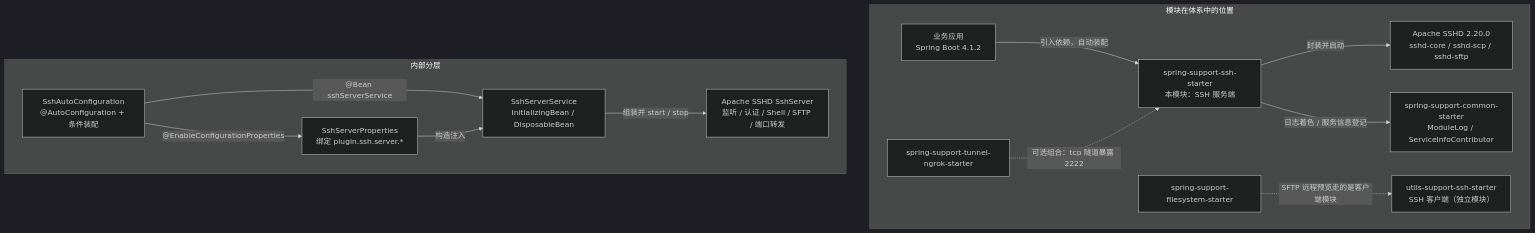
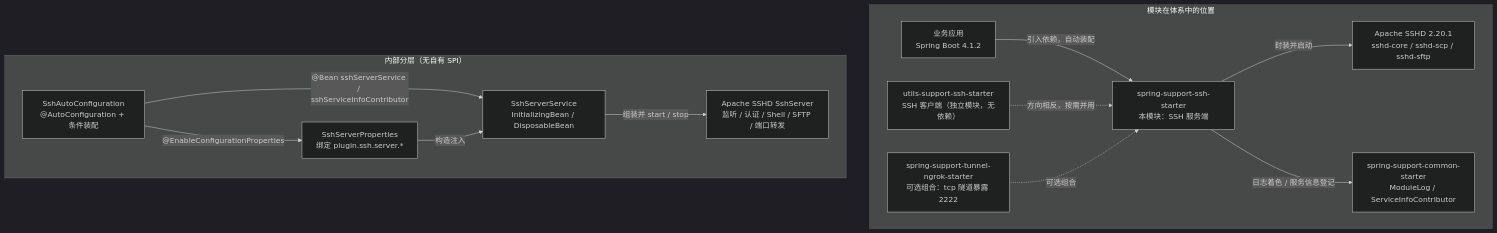
The first of 2 diagrams in spring-support-ssh-starter/README.md (CHTK001/spring-support-parent-starter), drawn with Mermaid (dark theme) before and after one commit. The commit also changed other lines of this file and 54 other files, not shown here.

````diff
--- a/spring-support-ssh-starter/README.md
+++ b/spring-support-ssh-starter/README.md
@@ -12,28 +11,27 @@
 ```mermaid
 graph TB
     subgraph SYS["模块在体系中的位置"]
         APP["业务应用<br/>Spring Boot 4.1.2"]
         SSH["spring-support-ssh-starter<br/>本模块：SSH 服务端"]
         COMMON["spring-support-common-starter<br/>ModuleLog / ServiceInfoContributor"]
-        SSHD["Apache SSHD 2.20.0<br/>sshd-core / sshd-scp / sshd-sftp"]
-        UTILS["utils-support-ssh-starter<br/>SSH 客户端（独立模块）"]
-        FS["spring-support-filesystem-starter"]
-        NGROK["spring-support-tunnel-ngrok-starter"]
+        SSHD["Apache SSHD 2.20.1<br/>sshd-core / sshd-scp / sshd-sftp"]
+        UTILS["utils-support-ssh-starter<br/>SSH 客户端（独立模块，无依赖）"]
+        NGROK["spring-support-tunnel-ngrok-starter<br/>可选组合：tcp 隧道暴露 2222"]
         APP -->|"引入依赖，自动装配"| SSH
         SSH -->|"封装并启动"| SSHD
         SSH -->|"日志着色 / 服务信息登记"| COMMON
-        FS -.->|"SFTP 远程预览走的是客户端模块"| UTILS
-        NGROK -.->|"可选组合：tcp 隧道暴露 2222"| SSH
+        UTILS -.->|"方向相反，按需并用"| SSH
+        NGROK -.->|"可选组合"| SSH
     end
 
-    subgraph INNER["内部分层"]
+    subgraph INNER["内部分层（无自有 SPI）"]
         AC["SshAutoConfiguration<br/>@AutoConfiguration + 条件装配"]
         PROP["SshServerProperties<br/>绑定 plugin.ssh.server.*"]
         SVC["SshServerService<br/>InitializingBean / DisposableBean"]
         CORE["Apache SSHD SshServer<br/>监听 / 认证 / Shell / SFTP / 端口转发"]
         AC -->|"@EnableConfigurationProperties"| PROP
-        AC -->|"@Bean sshServerService"| SVC
+        AC -->|"@Bean sshServerService / sshServiceInfoContributor"| SVC
         PROP -->|"构造注入"| SVC
         SVC -->|"组装并 start / stop"| CORE
     end
 ```
````
